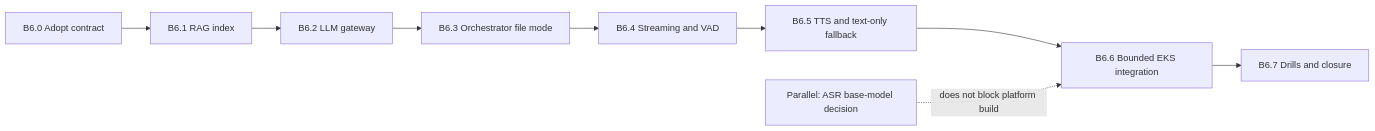
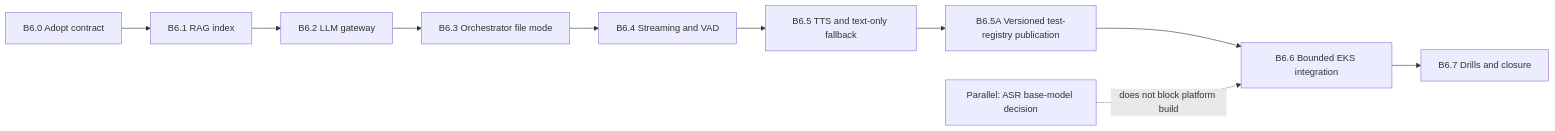
One commit to fotso94/medzen-platform changed the diagram in platform/decisions/PLAN-2026-013-full-b6-serving.md. Above: the diagram before and after it, drawn with Mermaid. The commit also changed other lines of this file and 1 other file, not shown here.

````diff
--- a/platform/decisions/PLAN-2026-013-full-b6-serving.md
+++ b/platform/decisions/PLAN-2026-013-full-b6-serving.md
@@ -30,11 +30,12 @@
 ```mermaid
 flowchart LR
     C["B6.0 Adopt contract"] --> R["B6.1 RAG index"]
     R --> L["B6.2 LLM gateway"]
     L --> O["B6.3 Orchestrator file mode"]
     O --> S["B6.4 Streaming and VAD"]
     S --> T["B6.5 TTS and text-only fallback"]
-    T --> D["B6.6 Bounded EKS integration"]
+    T --> P["B6.5A Versioned test-registry publication"]
+    P --> D["B6.6 Bounded EKS integration"]
     D --> F["B6.7 Drills and closure"]
     M["Parallel: ASR base-model decision"] -. "does not block platform build" .-> D
 ```
````
